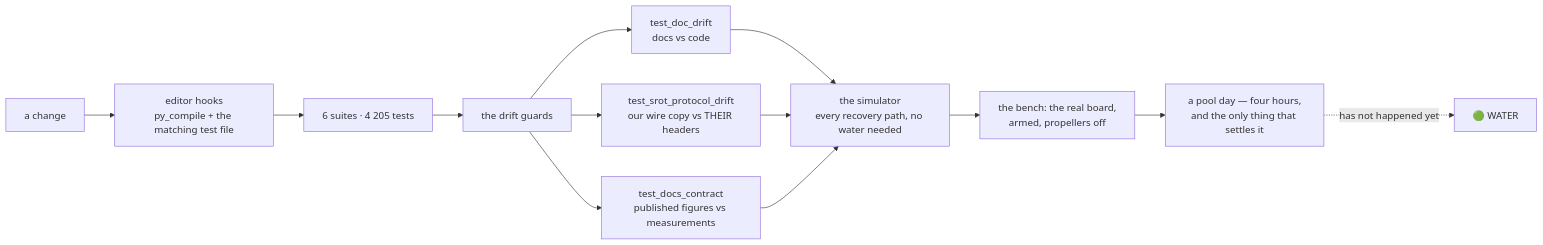
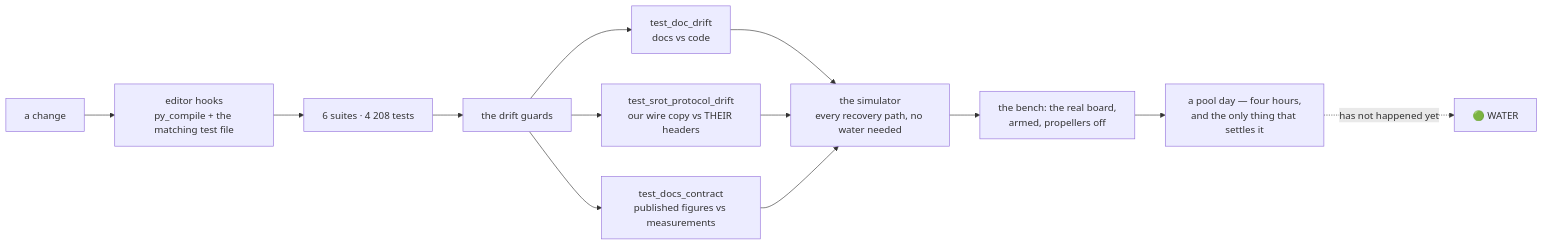
The ninth of 10 diagrams in README.md (fh1m/mongla_ws), drawn with Mermaid before and after one commit. The commit also changed other lines of this file and 3 other files, not shown here.

````diff
--- a/README.md
+++ b/README.md
@@ -752,15 +752,15 @@
 ```mermaid
 flowchart LR
     DEV["a change"] --> HOOK["editor hooks<br/>py_compile + the matching test file"]
-    HOOK --> UNIT["6 suites · 4 205 tests"]
+    HOOK --> UNIT["6 suites · 4 208 tests"]
     UNIT --> GUARD["the drift guards"]
     GUARD --> G1["test_doc_drift<br/>docs vs code"]
     GUARD --> G2["test_srot_protocol_drift<br/>our wire copy vs THEIR headers"]
     GUARD --> G3["test_docs_contract<br/>published figures vs measurements"]
     G1 --> SIM["the simulator<br/>every recovery path, no water needed"]
     G2 --> SIM
     G3 --> SIM
     SIM --> BENCH["the bench: the real board,<br/>armed, propellers off"]
     BENCH --> POOL["a pool day — four hours,<br/>and the only thing that settles it"]
     POOL -.->|"has not happened yet"| WATER["🟢 WATER"]
 ```
````
